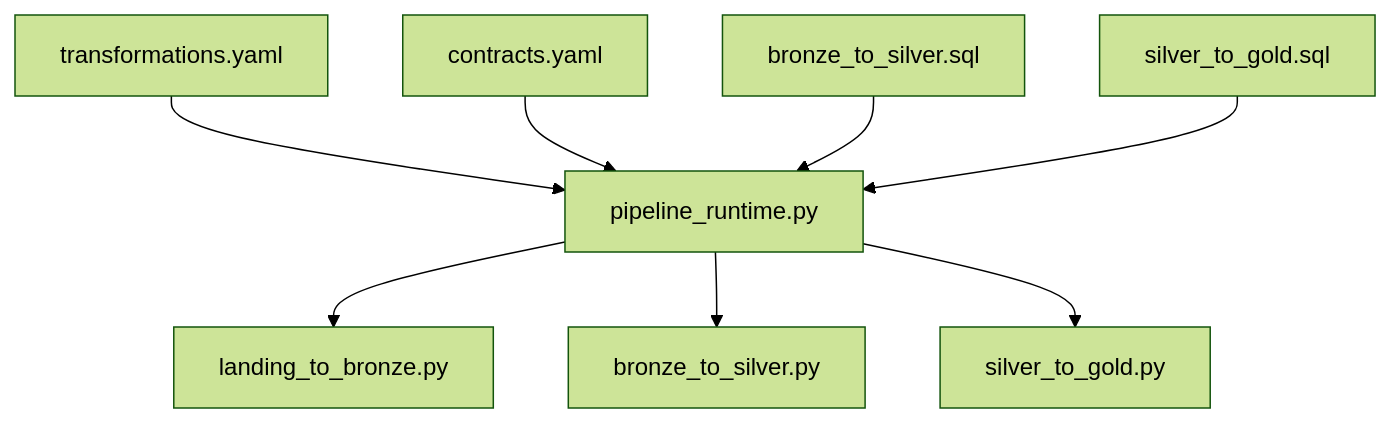
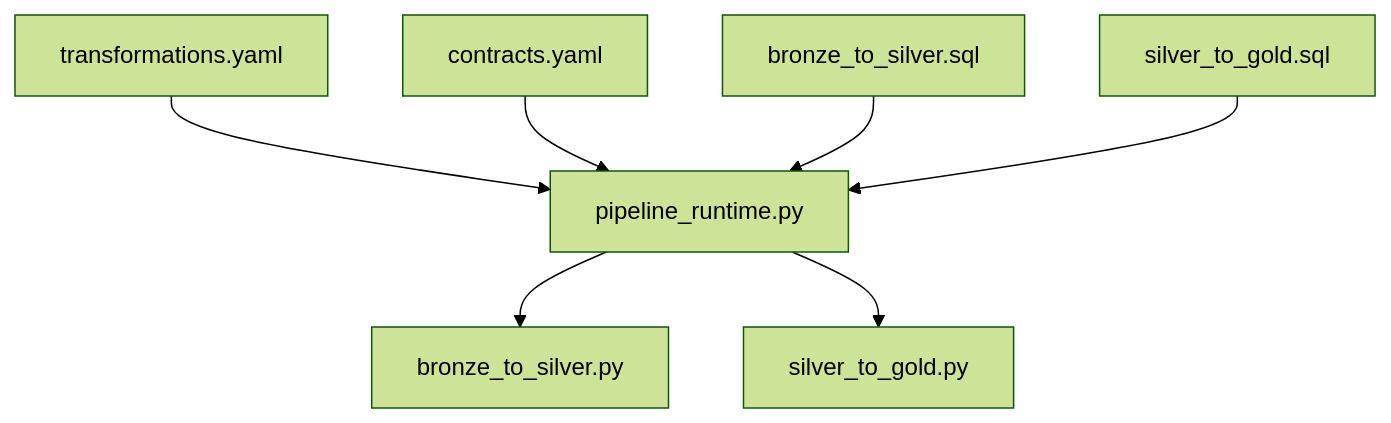
One commit to Merlin2098/HR-Data-Lakehouse changed the fifth of 5 diagrams in docs/etl_architecture_diagram.md. Above: the diagram before and after it, drawn with Mermaid (forest theme). The commit also changed other lines of this file and 18 other files, not shown here.

Commit message:
Simplify landing flow to trigger-only bronze

````diff
--- a/docs/etl_architecture_diagram.md
+++ b/docs/etl_architecture_diagram.md
@@ -95,10 +84,9 @@
 ```mermaid
 flowchart TB
     CFG["transformations.yaml"] --> RT["pipeline_runtime.py"]
     CON["contracts.yaml"] --> RT
     Q1["bronze_to_silver.sql"] --> RT
     Q2["silver_to_gold.sql"] --> RT
-    RT --> E1["landing_to_bronze.py"]
-    RT --> E2["bronze_to_silver.py"]
-    RT --> E3["silver_to_gold.py"]
+    RT --> E1["bronze_to_silver.py"]
+    RT --> E2["silver_to_gold.py"]
 ```
````
